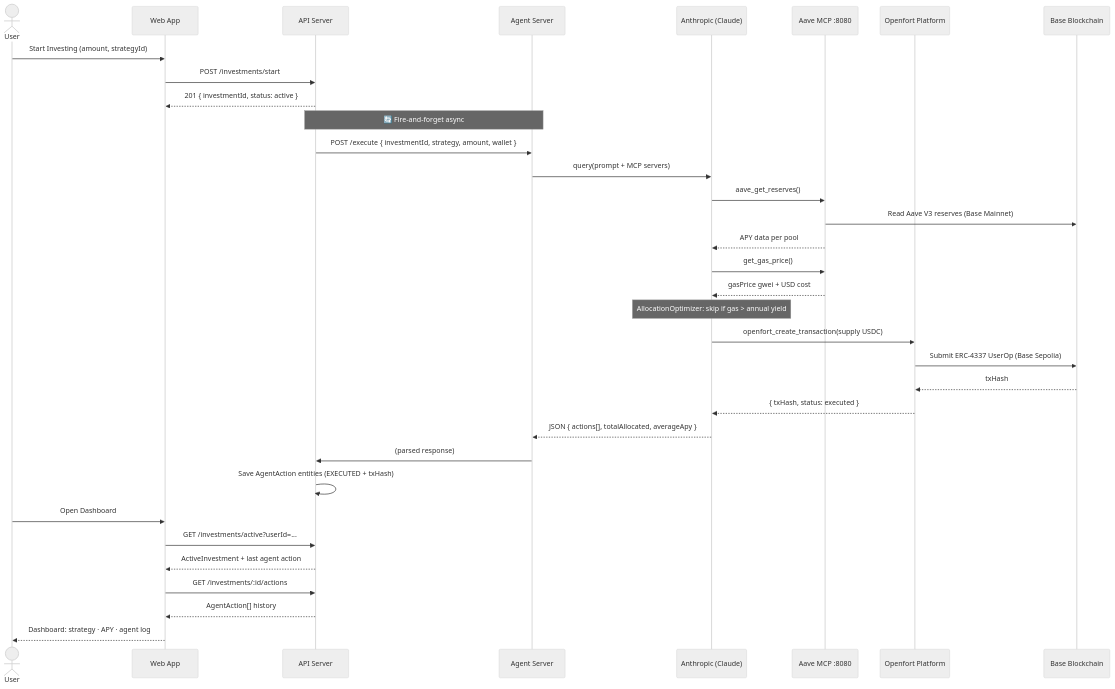
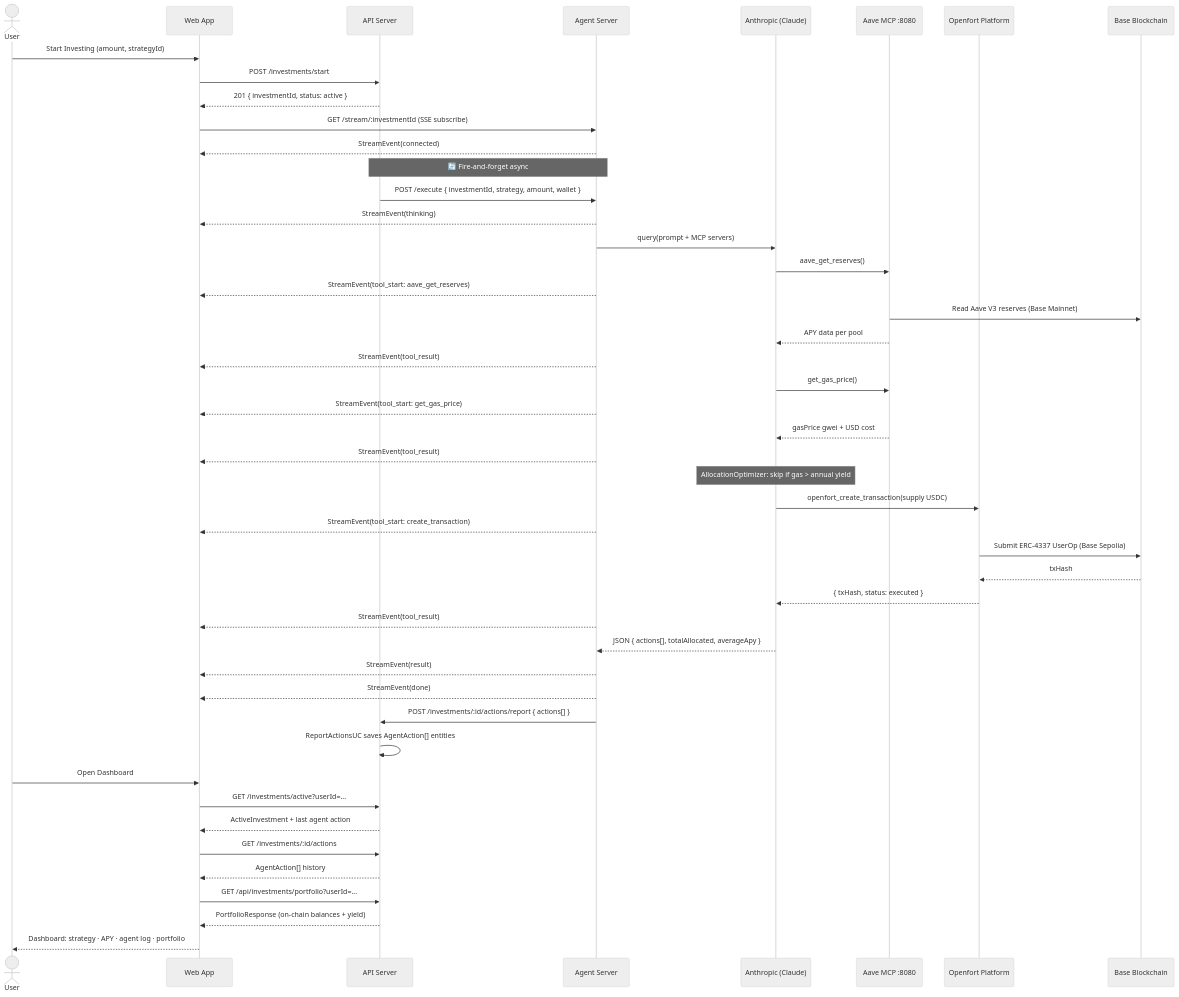
One commit to DMarchikhin/openfront-hackaton changed the ninth of 9 diagrams in docs/architecture.md. Above: the diagram before and after it, drawn with Mermaid (neutral theme). The commit also changed other lines of this file and 4 other files, not shown here.

Commit message:
Update doc architecture create slides

````diff
--- a/docs/architecture.md
+++ b/docs/architecture.md
@@ -341,45 +375,59 @@
 ```mermaid
 sequenceDiagram
     actor User
     participant Web as Web App
     participant API as API Server
     participant Agent as Agent Server
     participant Claude as Anthropic (Claude)
     participant Aave as Aave MCP :8080
     participant Openfort as Openfort Platform
     participant Chain as Base Blockchain
 
     User->>Web: Start Investing (amount, strategyId)
     Web->>API: POST /investments/start
     API-->>Web: 201 { investmentId, status: active }
 
+    Web->>Agent: GET /stream/:investmentId (SSE subscribe)
+    Agent-->>Web: StreamEvent(connected)
+
     Note over API,Agent: 🔄 Fire-and-forget async
 
     API->>Agent: POST /execute { investmentId, strategy, amount, wallet }
+    Agent-->>Web: StreamEvent(thinking)
     Agent->>Claude: query(prompt + MCP servers)
 
     Claude->>Aave: aave_get_reserves()
+    Agent-->>Web: StreamEvent(tool_start: aave_get_reserves)
     Aave->>Chain: Read Aave V3 reserves (Base Mainnet)
     Aave-->>Claude: APY data per pool
+    Agent-->>Web: StreamEvent(tool_result)
 
     Claude->>Aave: get_gas_price()
+    Agent-->>Web: StreamEvent(tool_start: get_gas_price)
     Aave-->>Claude: gasPrice gwei + USD cost
+    Agent-->>Web: StreamEvent(tool_result)
 
     Note over Claude: AllocationOptimizer: skip if gas > annual yield
 
     Claude->>Openfort: openfort_create_transaction(supply USDC)
+    Agent-->>Web: StreamEvent(tool_start: create_transaction)
     Openfort->>Chain: Submit ERC-4337 UserOp (Base Sepolia)
     Chain-->>Openfort: txHash
     Openfort-->>Claude: { txHash, status: executed }
+    Agent-->>Web: StreamEvent(tool_result)
 
     Claude-->>Agent: JSON { actions[], totalAllocated, averageApy }
-    Agent->>API: (parsed response)
-    API->>API: Save AgentAction entities (EXECUTED + txHash)
+    Agent-->>Web: StreamEvent(result)
+    Agent-->>Web: StreamEvent(done)
+    Agent->>API: POST /investments/:id/actions/report { actions[] }
+    API->>API: ReportActionsUC saves AgentAction[] entities
 
     User->>Web: Open Dashboard
     Web->>API: GET /investments/active?userId=...
     API-->>Web: ActiveInvestment + last agent action
     Web->>API: GET /investments/:id/actions
     API-->>Web: AgentAction[] history
-    Web-->>User: Dashboard: strategy · APY · agent log
+    Web->>API: GET /api/investments/portfolio?userId=...
+    API-->>Web: PortfolioResponse (on-chain balances + yield)
+    Web-->>User: Dashboard: strategy · APY · agent log · portfolio
 ```
````
